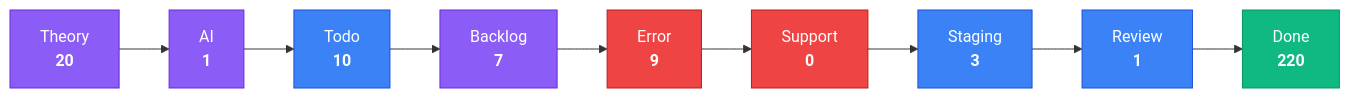
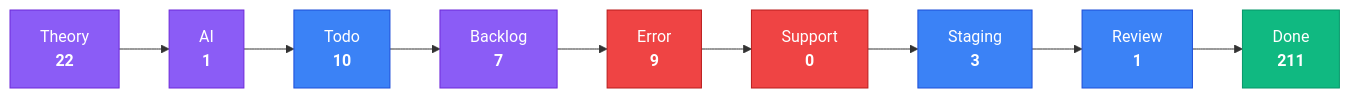
Before and after one commit to KBVE/kbve: the third of 4 diagrams in apps/kbve/astro-kbve/src/content/docs/dashboard/kanban-data.mdx, drawn with Mermaid. The commit also changed other lines of this file and 7 other files, not shown here.

````diff
--- a/apps/kbve/astro-kbve/src/content/docs/dashboard/kanban-data.mdx
+++ b/apps/kbve/astro-kbve/src/content/docs/dashboard/kanban-data.mdx
@@ -80,28 +80,28 @@
 ```mermaid
 flowchart LR
     classDef planning fill:#8b5cf6,stroke:#6d28d9,color:#fff
     classDef active fill:#3b82f6,stroke:#1d4ed8,color:#fff
     classDef blocked fill:#ef4444,stroke:#b91c1c,color:#fff
     classDef done fill:#10b981,stroke:#059669,color:#fff
-    Theory["Theory<br/><strong>20</strong>"]
+    Theory["Theory<br/><strong>22</strong>"]
     Theory --> AI
     AI["AI<br/><strong>1</strong>"]
     AI --> Todo
     Todo["Todo<br/><strong>10</strong>"]
     Todo --> Backlog
     Backlog["Backlog<br/><strong>7</strong>"]
     Backlog --> Error
     Error["Error<br/><strong>9</strong>"]
     Error --> Support
     Support["Support<br/><strong>0</strong>"]
     Support --> Staging
     Staging["Staging<br/><strong>3</strong>"]
     Staging --> Review
     Review["Review<br/><strong>1</strong>"]
     Review --> Done
-    Done["Done<br/><strong>220</strong>"]
+    Done["Done<br/><strong>211</strong>"]
     class Theory,AI,Backlog planning
     class Todo,Staging,Review active
     class Error,Support blocked
     class Done done
 ```
````
